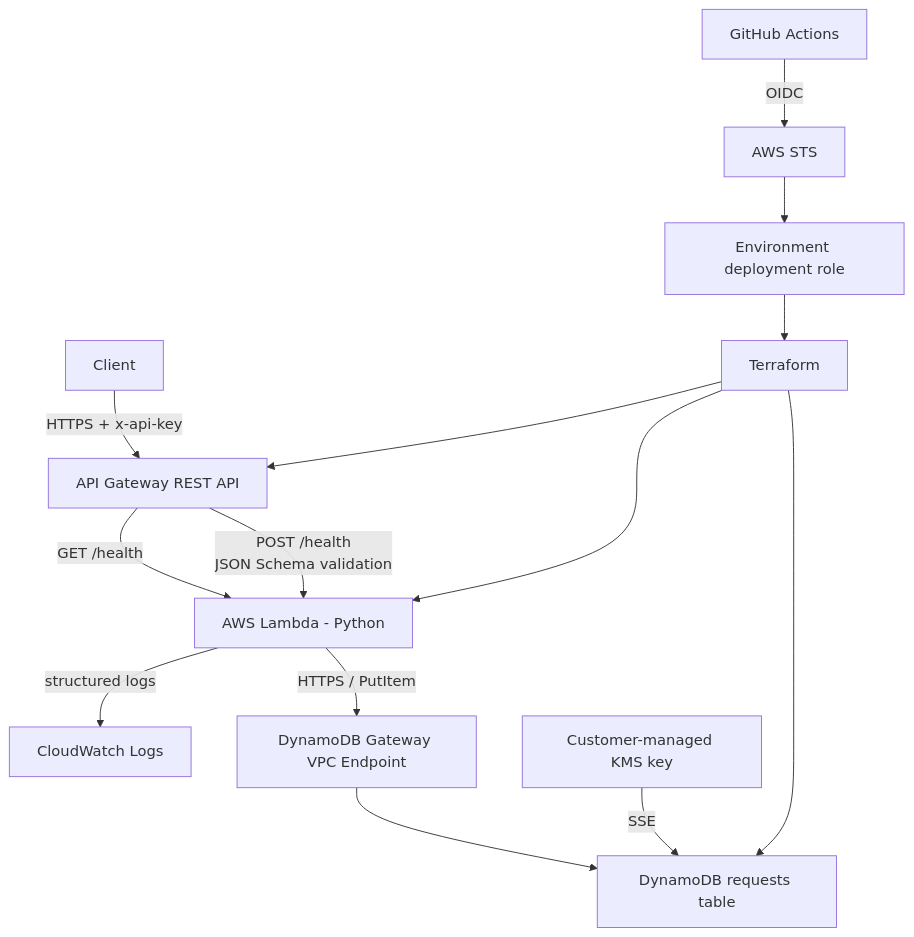
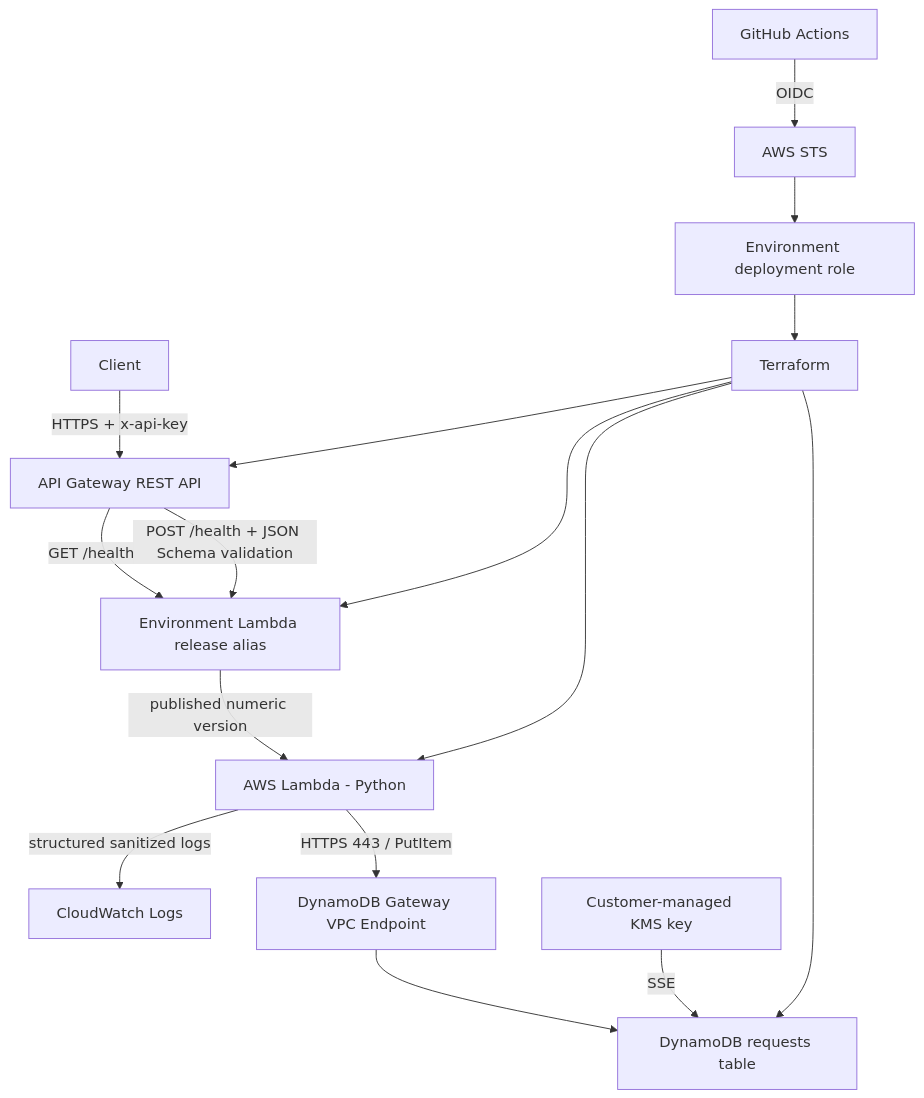
Before and after one commit to eimisse/serverless-health-check-api: the diagram in README.md, drawn with Mermaid. The commit also changed other lines of this file and 40 other files, not shown here.

````diff
--- a/README.md
+++ b/README.md
@@ -16,16 +18,19 @@
 ```mermaid
 flowchart TD
-    Internet[Client] -->|HTTPS + x-api-key| APIGW[API Gateway REST API]
-    APIGW -->|GET /health| Lambda[AWS Lambda - Python]
-    APIGW -->|POST /health\nJSON Schema validation| Lambda
-    Lambda -->|structured logs| CW[CloudWatch Logs]
-    Lambda -->|HTTPS / PutItem| VPCE[DynamoDB Gateway VPC Endpoint]
+    Client[Client] -->|HTTPS + x-api-key| APIGW[API Gateway REST API]
+    APIGW -->|GET /health| Alias[Environment Lambda release alias]
+    APIGW -->|POST /health + JSON Schema validation| Alias
+    Alias -->|published numeric version| Lambda[AWS Lambda - Python]
+    Lambda -->|structured sanitized logs| CW[CloudWatch Logs]
+    Lambda -->|HTTPS 443 / PutItem| VPCE[DynamoDB Gateway VPC Endpoint]
     VPCE --> DDB[DynamoDB requests table]
     KMS[Customer-managed KMS key] -->|SSE| DDB
+
     GHA[GitHub Actions] -->|OIDC| STS[AWS STS]
     STS --> DeployRole[Environment deployment role]
     DeployRole --> TF[Terraform]
     TF --> APIGW
+    TF --> Alias
     TF --> Lambda
     TF --> DDB
 ```
````
